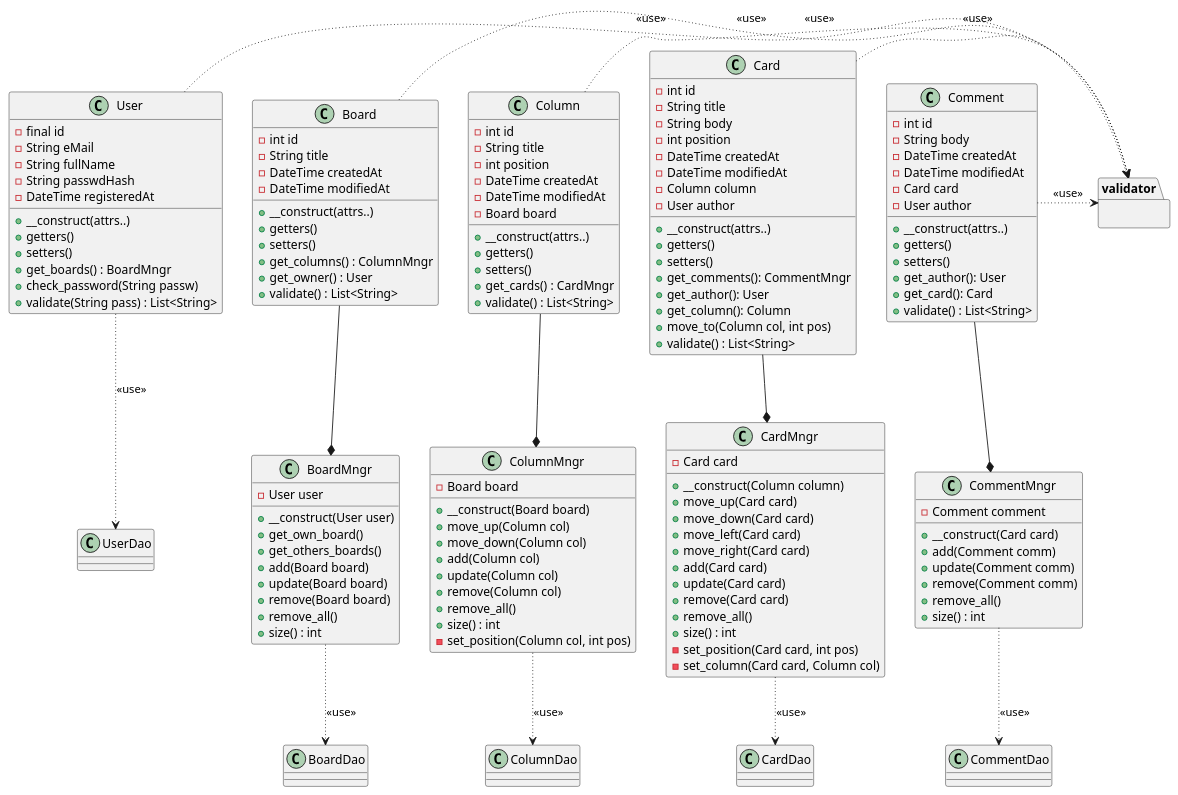
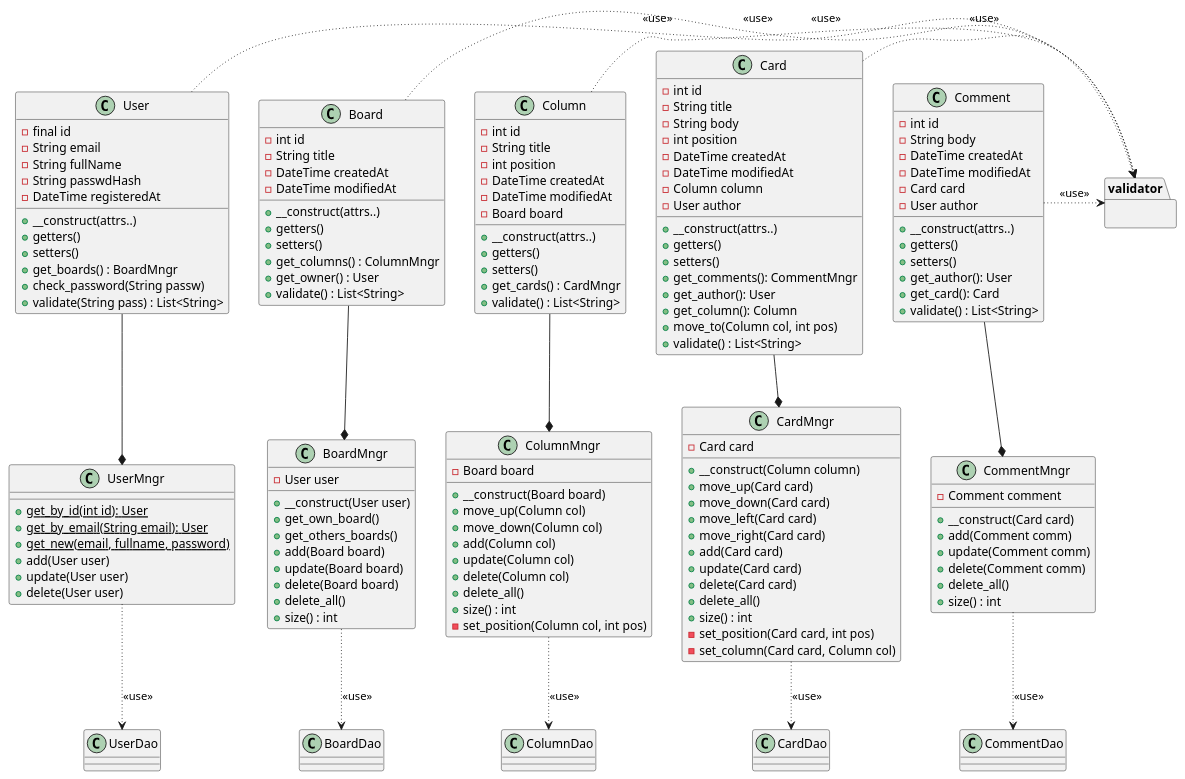
Before and after one commit to etic4/mini-trello-php: the second of 4 diagrams in analyse/Diagrammes-V2.md, drawn with PlantUML. The commit also changed other lines of this file and 5 other files, not shown here.

Commit message:
fait UserMngr & changé 'remove' en 'delete'

```diff
--- a/analyse/Diagrammes-V2.md
+++ b/analyse/Diagrammes-V2.md
@@ -73,12 +73,13 @@
 Column -[hidden]r Card
 Card -[hidden]r Comment
 
+UserMngr *-u- User
 BoardMngr *-u- Board
 ColumnMngr *-u- Column
 CardMngr *-u- Card
 CommentMngr *-u- Comment
 
-User -[dotted]-> UserDao: <<use>>
+UserMngr -[dotted]-> UserDao: <<use>>
 BoardMngr -[dotted]-> BoardDao: <<use>>
 ColumnMngr -[dotted]-> ColumnDao: <<use>>
 CardMngr -[dotted]-> CardDao: <<use>>
@@ -97,7 +98,7 @@
 
 class User {
     - final id
-    - String eMail
+    - String email
     - String fullName
     - String passwdHash
     - DateTime registeredAt
@@ -174,6 +175,15 @@
     + validate() : List<String>
 }
 
+class UserMngr {
+    + {static} get_by_id(int id): User
+    + {static} get_by_email(String email): User
+    + {static} get_new(email, fullname, password)
+    + add(User user)
+    + update(User user)
+    + delete(User user)
+}
+
 class BoardMngr {
     - User user
     + __construct(User user)
@@ -181,8 +191,8 @@
     + get_others_boards()
     + add(Board board)
     + update(Board board)
-    + remove(Board board)
-    + remove_all()
+    + delete(Board board)
+    + delete_all()
     + size() : int
 }
 
@@ -193,8 +203,8 @@
     + move_down(Column col)
     + add(Column col)
     + update(Column col)
-    + remove(Column col)
-    + remove_all()
+    + delete(Column col)
+    + delete_all()
     + size() : int
     - set_position(Column col, int pos)
 }
@@ -208,8 +218,8 @@
     + move_right(Card card)
     + add(Card card)
     + update(Card card)
-    + remove(Card card)
-    + remove_all()
+    + delete(Card card)
+    + delete_all()
     + size() : int
     - set_position(Card card, int pos)
     - set_column(Card card, Column col)
@@ -220,8 +230,8 @@
     + __construct(Card card)
     + add(Comment comm)
     + update(Comment comm)
-    + remove(Comment comm)
-    + remove_all()
+    + delete(Comment comm)
+    + delete_all()
     + size() : int
 }
 
```
